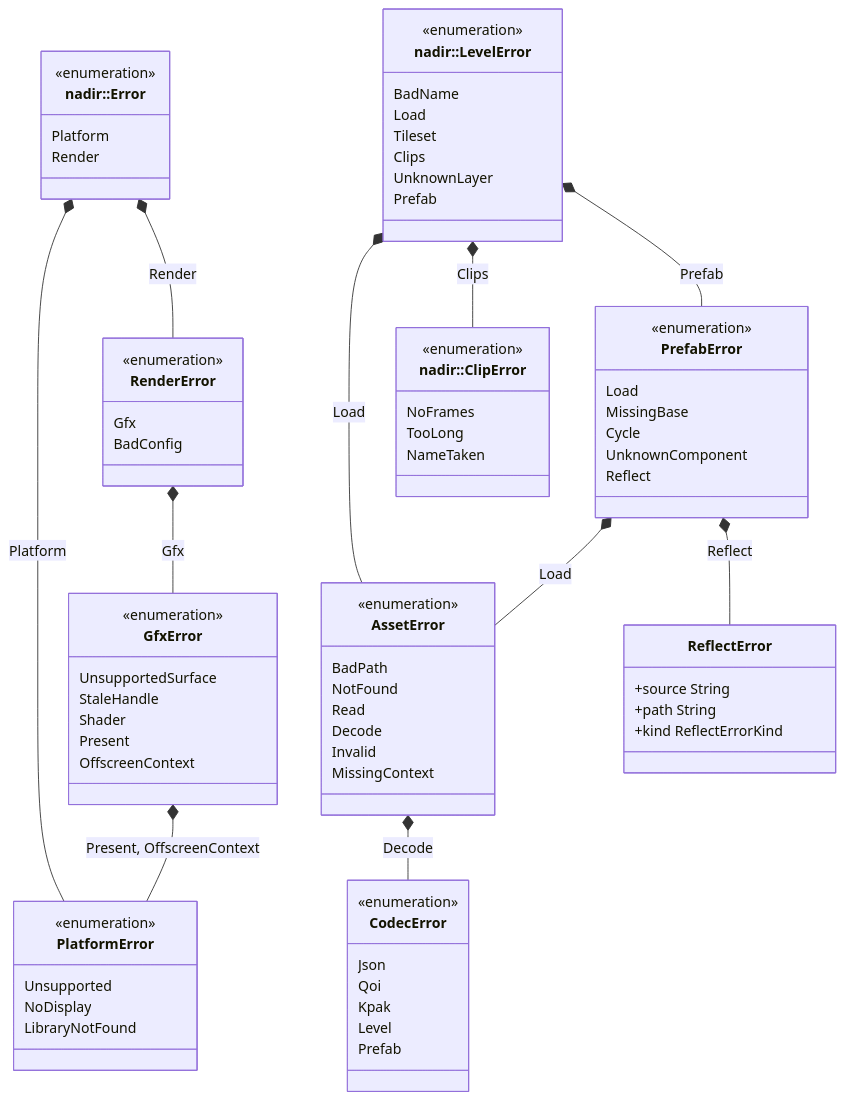
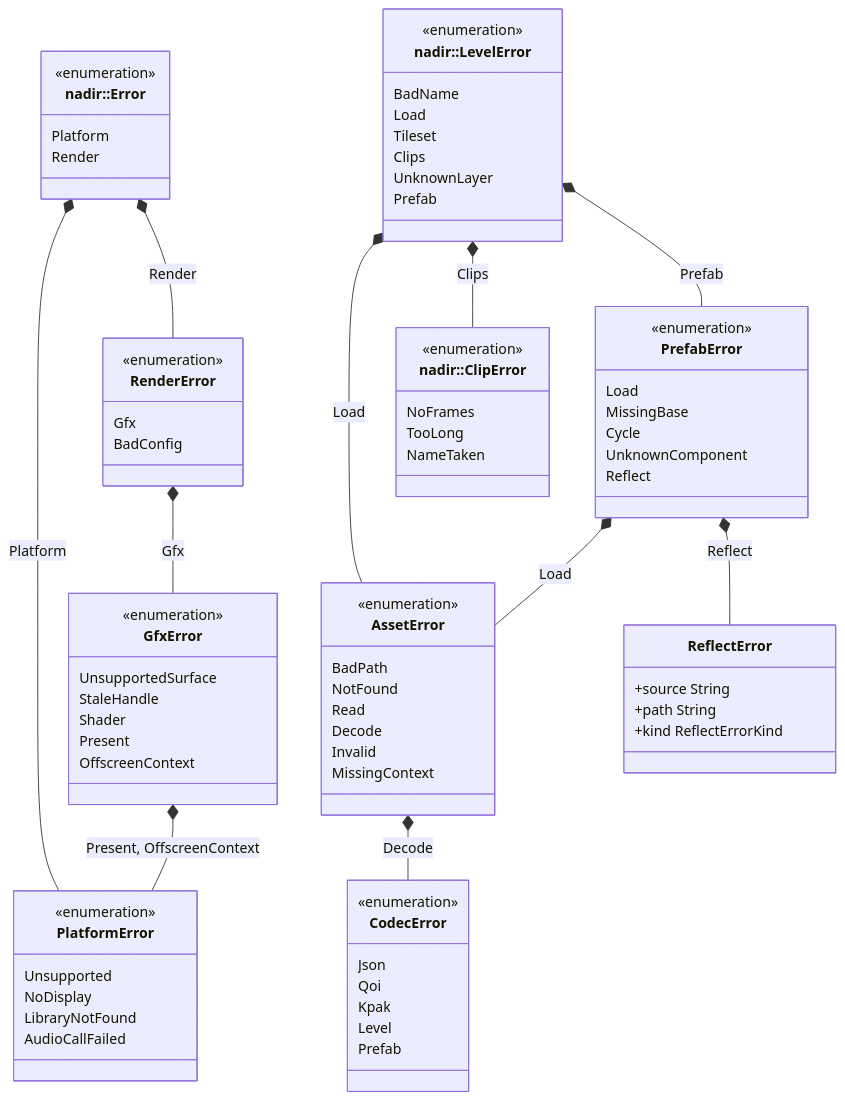
Before and after one commit to jabbott-iii/Nadir: diagram 29 of 29 in diagrams/class-diagram.md, drawn with Mermaid. The commit also changed other lines of this file and 28 other files, not shown here.

```diff
--- a/diagrams/class-diagram.md
+++ b/diagrams/class-diagram.md
@@ -2180,6 +2225,7 @@
         Unsupported
         NoDisplay
         LibraryNotFound
+        AudioCallFailed
     }
     class PrefabError {
         <<enumeration>>
```
